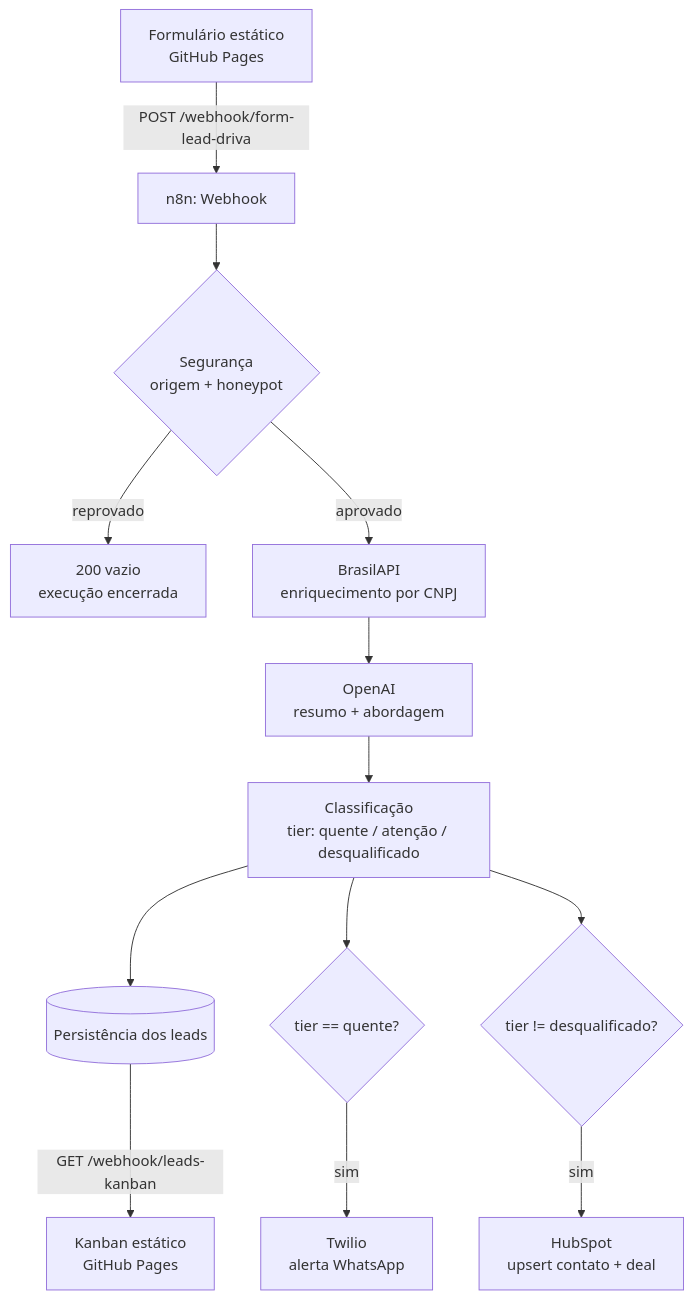
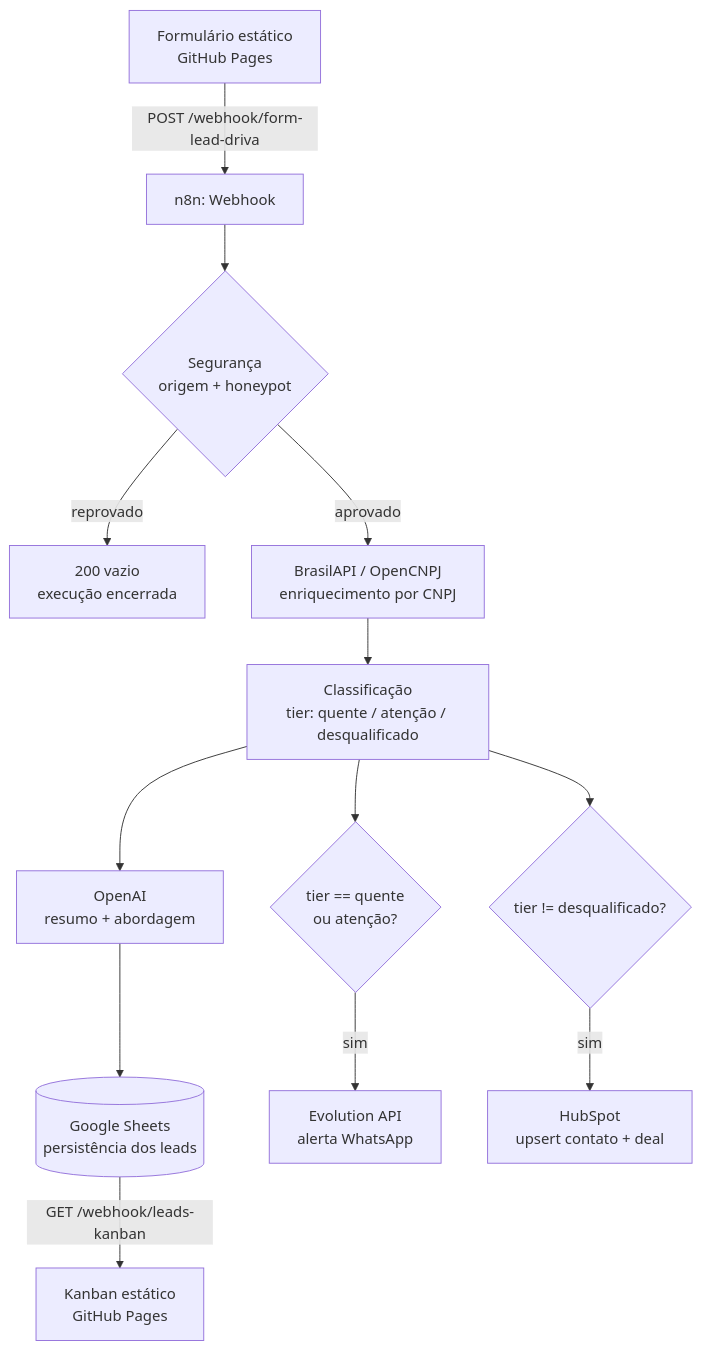
The diagram in README.md (Kristhianno/lead_qualify), drawn with Mermaid before and after one commit. The commit also changed other lines of this file and 4 other files, not shown here.

````diff
--- a/README.md
+++ b/README.md
@@ -30,15 +31,15 @@
 ```mermaid
 flowchart TD
     A[Formulário estático<br/>GitHub Pages] -->|POST /webhook/form-lead-driva| B[n8n: Webhook]
     B --> C{Segurança<br/>origem + honeypot}
     C -->|reprovado| X[200 vazio<br/>execução encerrada]
-    C -->|aprovado| D[BrasilAPI<br/>enriquecimento por CNPJ]
-    D --> E[OpenAI<br/>resumo + abordagem]
-    E --> F[Classificação<br/>tier: quente / atenção / desqualificado]
-    F --> G[(Persistência dos leads)]
-    F --> H{tier == quente?}
-    H -->|sim| I[Twilio<br/>alerta WhatsApp]
+    C -->|aprovado| D[BrasilAPI / OpenCNPJ<br/>enriquecimento por CNPJ]
+    D --> F[Classificação<br/>tier: quente / atenção / desqualificado]
+    F --> E[OpenAI<br/>resumo + abordagem]
+    E --> G[(Google Sheets<br/>persistência dos leads)]
+    F --> H{tier == quente<br/>ou atenção?}
+    H -->|sim| I[Evolution API<br/>alerta WhatsApp]
     F --> J{tier != desqualificado?}
     J -->|sim| K[HubSpot<br/>upsert contato + deal]
     G -->|GET /webhook/leads-kanban| L[Kanban estático<br/>GitHub Pages]
 ```
````
